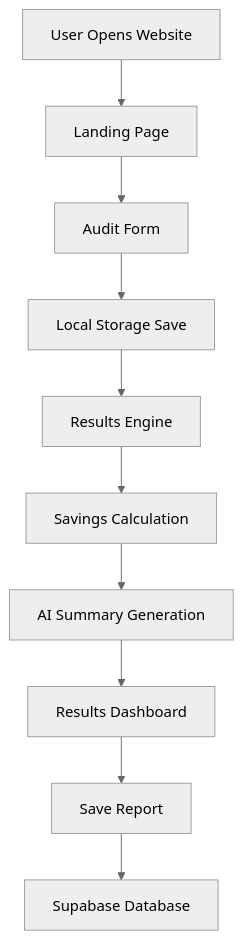
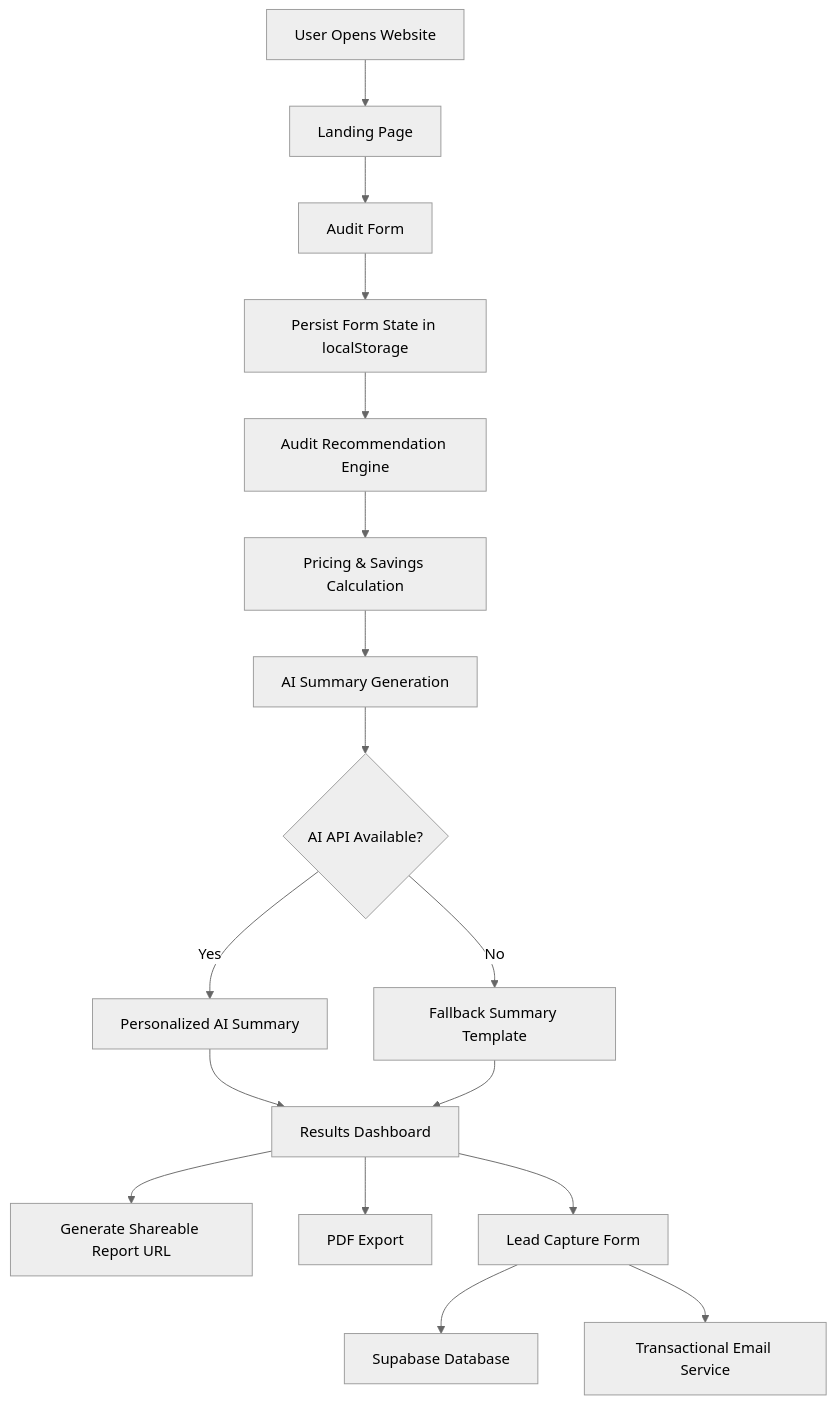
Before and after one commit to Deepak165522/credex-ai-audit: the diagram in ARCHITECTURE.md, drawn with Mermaid (neutral theme). The commit also changed other lines of this file and 13 other files, not shown here.

````diff
--- a/ARCHITECTURE.md
+++ b/ARCHITECTURE.md
@@ -5,21 +7,35 @@
 ```mermaid
 graph TD
 
 A[User Opens Website] --> B[Landing Page]
 
 B --> C[Audit Form]
 
-C --> D[Local Storage Save]
+C --> D[Persist Form State in localStorage]
 
-D --> E[Results Engine]
+D --> E[Audit Recommendation Engine]
 
-E --> F[Savings Calculation]
+E --> F[Pricing & Savings Calculation]
 
 F --> G[AI Summary Generation]
 
-G --> H[Results Dashboard]
+G --> H{AI API Available?}
 
-H --> I[Save Report]
+H -->|Yes| I[Personalized AI Summary]
 
-I --> J[Supabase Database]
+H -->|No| J[Fallback Summary Template]
+
+I --> K[Results Dashboard]
+
+J --> K
+
+K --> L[Generate Shareable Report URL]
+
+K --> M[PDF Export]
+
+K --> N[Lead Capture Form]
+
+N --> O[Supabase Database]
+
+N --> P[Transactional Email Service]
 ```
````
